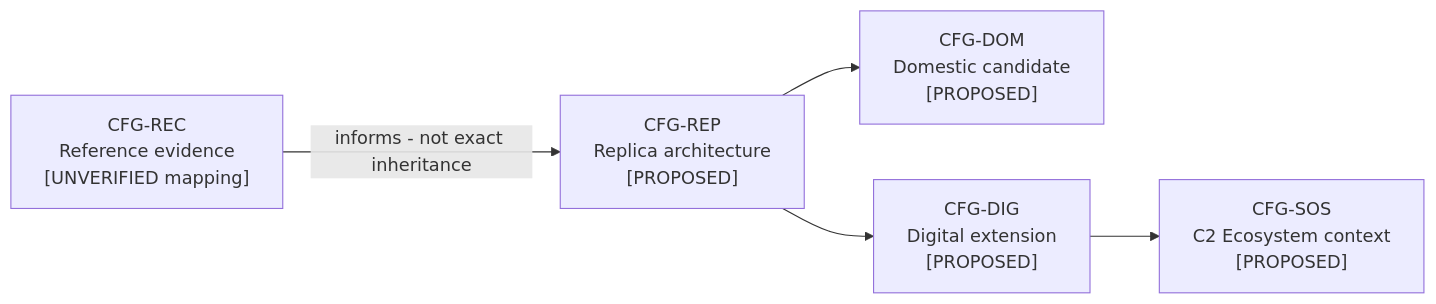
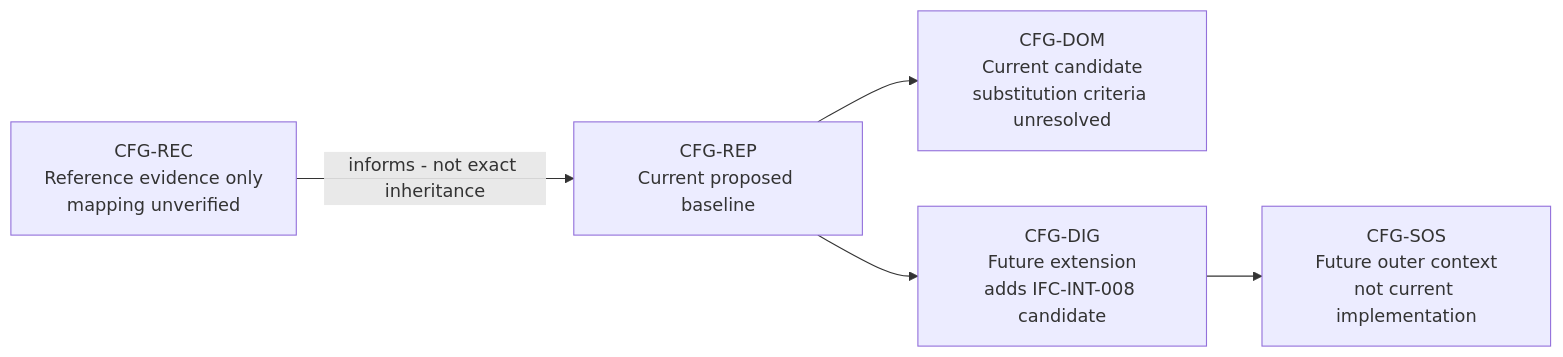
The first of 12 diagrams in architecture.md (noahstephenson/low-cost-relay-uas), drawn with Mermaid before and after one commit. The commit also changed other lines of this file and 12 other files, not shown here.

Commit message:
Mature relay UAS candidate architecture

````diff
--- a/architecture.md
+++ b/architecture.md
@@ -29,8 +29,8 @@
 ```mermaid
 flowchart LR
     %% Configuration scope: CFG-REC / CFG-REP / CFG-DOM / CFG-DIG / CFG-SOS
-    CFG_REC["CFG-REC<br/>Reference evidence<br/>[UNVERIFIED mapping]"] -->|"informs - not exact inheritance"| CFG_REP["CFG-REP<br/>Replica architecture<br/>[PROPOSED]"]
-    CFG_REP --> CFG_DOM["CFG-DOM<br/>Domestic candidate<br/>[PROPOSED]"]
-    CFG_REP --> CFG_DIG["CFG-DIG<br/>Digital extension<br/>[PROPOSED]"]
-    CFG_DIG --> CFG_SOS["CFG-SOS<br/>C2 Ecosystem context<br/>[PROPOSED]"]
+    CFG_REC["CFG-REC<br/>Reference evidence only<br/>mapping unverified"] -->|"informs - not exact inheritance"| CFG_REP["CFG-REP<br/>Current proposed baseline"]
+    CFG_REP --> CFG_DOM["CFG-DOM<br/>Current candidate<br/>substitution criteria unresolved"]
+    CFG_REP --> CFG_DIG["CFG-DIG<br/>Future extension<br/>adds IFC-INT-008 candidate"]
+    CFG_DIG --> CFG_SOS["CFG-SOS<br/>Future outer context<br/>not current implementation"]
 ```
````
